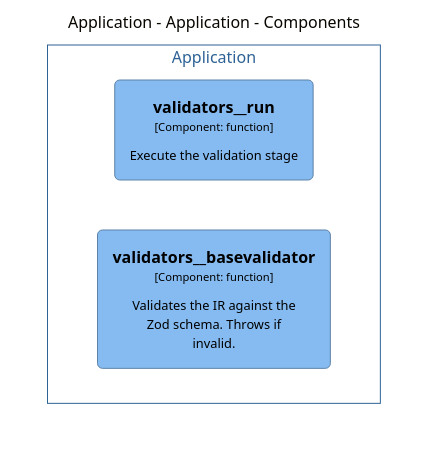
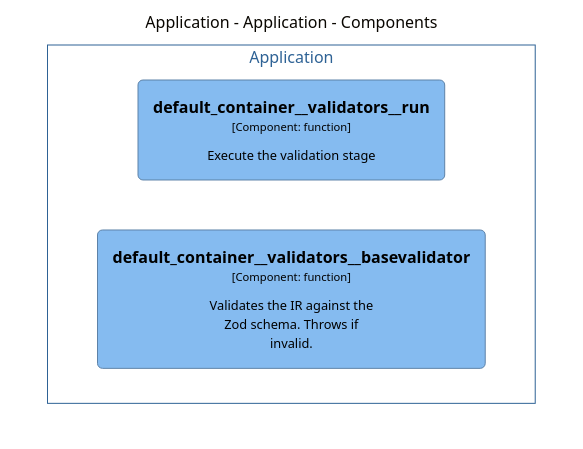
One commit to chrislyons-dev/archlette changed the diagram in src/templates/docs/architecture/diagrams/mermaid/structurizr-Classes_default_container__validators.mmd. Above: the diagram before and after it, drawn with Mermaid (base theme). The commit also changed 189 other files, not shown here.

```diff
--- a/src/templates/docs/architecture/diagrams/mermaid/structurizr-Classes_default_container__validators.mmd
+++ b/src/templates/docs/architecture/diagrams/mermaid/structurizr-Classes_default_container__validators.mmd
@@ -1,16 +1,16 @@
 graph TB
   linkStyle default fill:#ffffff
 
   subgraph diagram ["Application - Application - Components"]
     style diagram fill:#ffffff,stroke:#ffffff
 
     subgraph 8 ["Application"]
       style 8 fill:#ffffff,stroke:#2e6295,color:#2e6295
 
-      31("<div style='font-weight: bold'>validators__run</div><div style='font-size: 70%; margin-top: 0px'>[Component: function]</div><div style='font-size: 80%; margin-top:10px'>Execute the validation stage</div>")
+      31("<div style='font-weight: bold'>default_container__validators__run</div><div style='font-size: 70%; margin-top: 0px'>[Component: function]</div><div style='font-size: 80%; margin-top:10px'>Execute the validation stage</div>")
       style 31 fill:#85bbf0,stroke:#5d82a8,color:#000000
-      89("<div style='font-weight: bold'>validators__basevalidator</div><div style='font-size: 70%; margin-top: 0px'>[Component: function]</div><div style='font-size: 80%; margin-top:10px'>Validates the IR against the<br />Zod schema. Throws if<br />invalid.</div>")
-      style 89 fill:#85bbf0,stroke:#5d82a8,color:#000000
+      91("<div style='font-weight: bold'>default_container__validators__basevalidator</div><div style='font-size: 70%; margin-top: 0px'>[Component: function]</div><div style='font-size: 80%; margin-top:10px'>Validates the IR against the<br />Zod schema. Throws if<br />invalid.</div>")
+      style 91 fill:#85bbf0,stroke:#5d82a8,color:#000000
     end
 
   end
```
